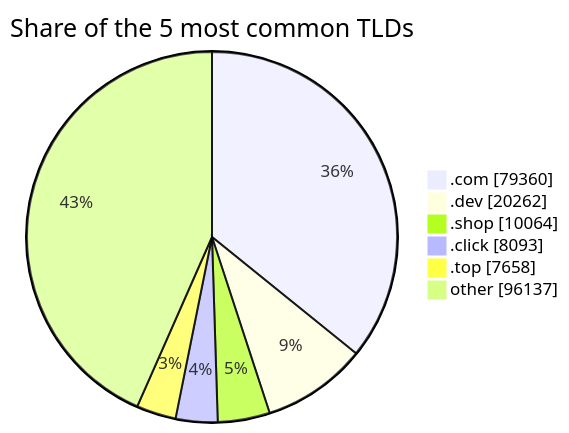
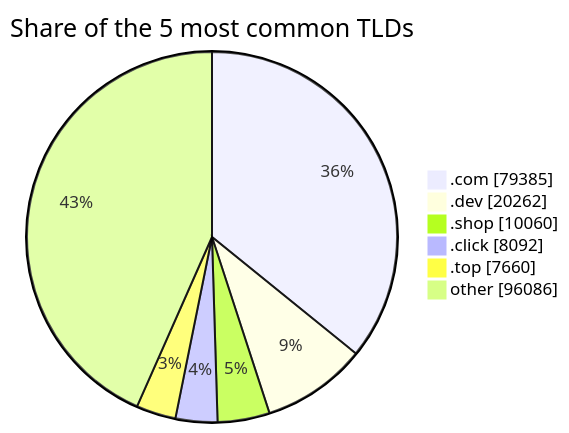
Before and after one commit to DNSBunker/CTI: the third of 3 diagrams in README.md, drawn with Mermaid. The commit also changed other lines of this file and 3 other files, not shown here.

````diff
--- a/README.md
+++ b/README.md
@@ -81,9 +81,9 @@
 ```mermaid
 pie showData title Share of the 5 most common TLDs
-    ".com" : 79360
+    ".com" : 79385
     ".dev" : 20262
-    ".shop" : 10064
-    ".click" : 8093
-    ".top" : 7658
-    "other" : 96137
+    ".shop" : 10060
+    ".click" : 8092
+    ".top" : 7660
+    "other" : 96086
 ```
````
